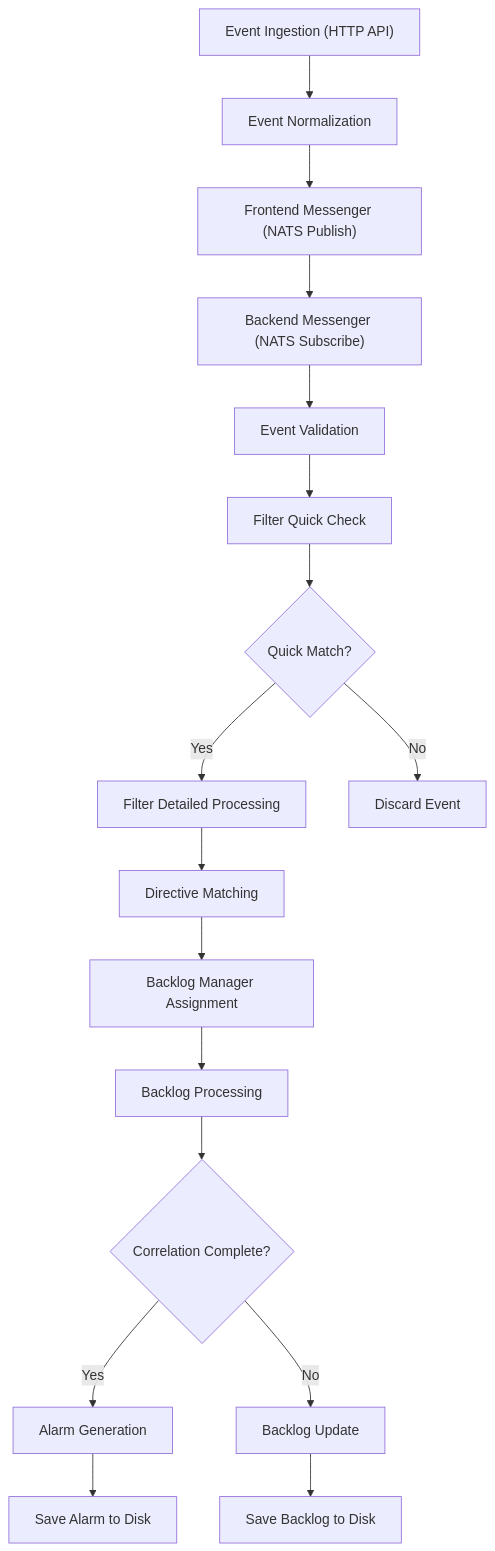
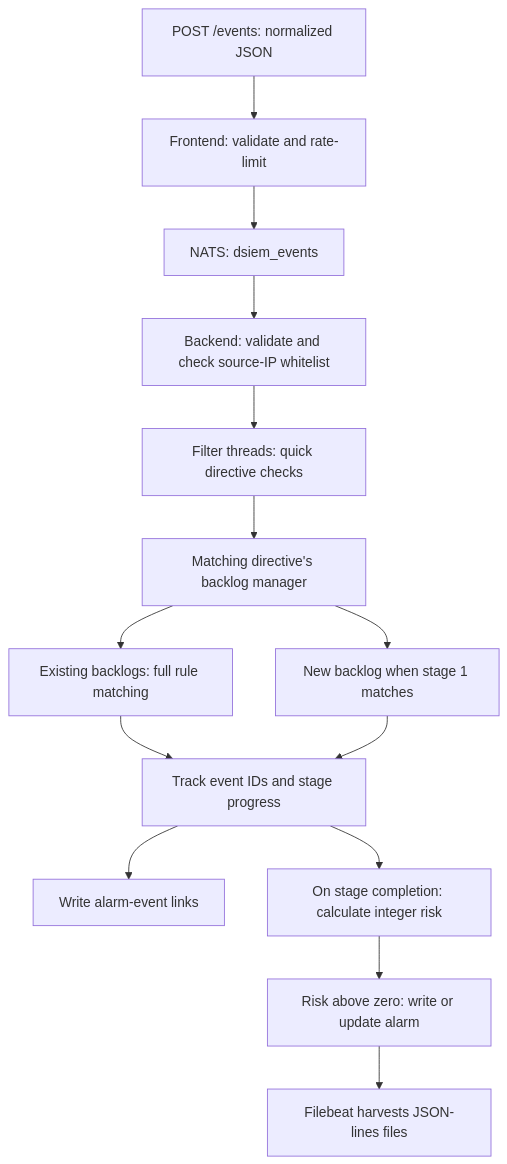
The diagram in docs/event_flow.md (defenxor/dsiem-rs), drawn with Mermaid before and after one commit. The commit also changed other lines of this file, not shown here.

Commit message:
docs: trace the actual server event flow

````diff
--- a/docs/event_flow.md
+++ b/docs/event_flow.md
@@ -80,19 +5,16 @@
 ```mermaid
 flowchart TD
-    A["Event Ingestion (HTTP API)"] --> B["Event Normalization"]
-    B --> C["Frontend Messenger (NATS Publish)"]
-    C --> D["Backend Messenger (NATS Subscribe)"]
-    D --> E["Event Validation"]
-    E --> F["Filter Quick Check"]
-    F --> G{"Quick Match?"}
-    G -->|Yes| H["Filter Detailed Processing"]
-    G -->|No| I["Discard Event"]
-    H --> J["Directive Matching"]
-    J --> K["Backlog Manager Assignment"]
-    K --> L["Backlog Processing"]
-    L --> M{"Correlation Complete?"}
-    M -->|Yes| N["Alarm Generation"]
-    M -->|No| O["Backlog Update"]
-    N --> P["Save Alarm to Disk"]
-    O --> Q["Save Backlog to Disk"]
+    A["POST /events: normalized JSON"] --> B["Frontend: validate and rate-limit"]
+    B --> C["NATS: dsiem_events"]
+    C --> D["Backend: validate and check source-IP whitelist"]
+    D --> E["Filter threads: quick directive checks"]
+    E --> F["Matching directive's backlog manager"]
+    F --> G["Existing backlogs: full rule matching"]
+    F --> H["New backlog when stage 1 matches"]
+    G --> I["Track event IDs and stage progress"]
+    H --> I
+    I --> J["Write alarm-event links"]
+    I --> K["On stage completion: calculate integer risk"]
+    K --> L["Risk above zero: write or update alarm"]
+    L --> M["Filebeat harvests JSON-lines files"]
 ```
````
